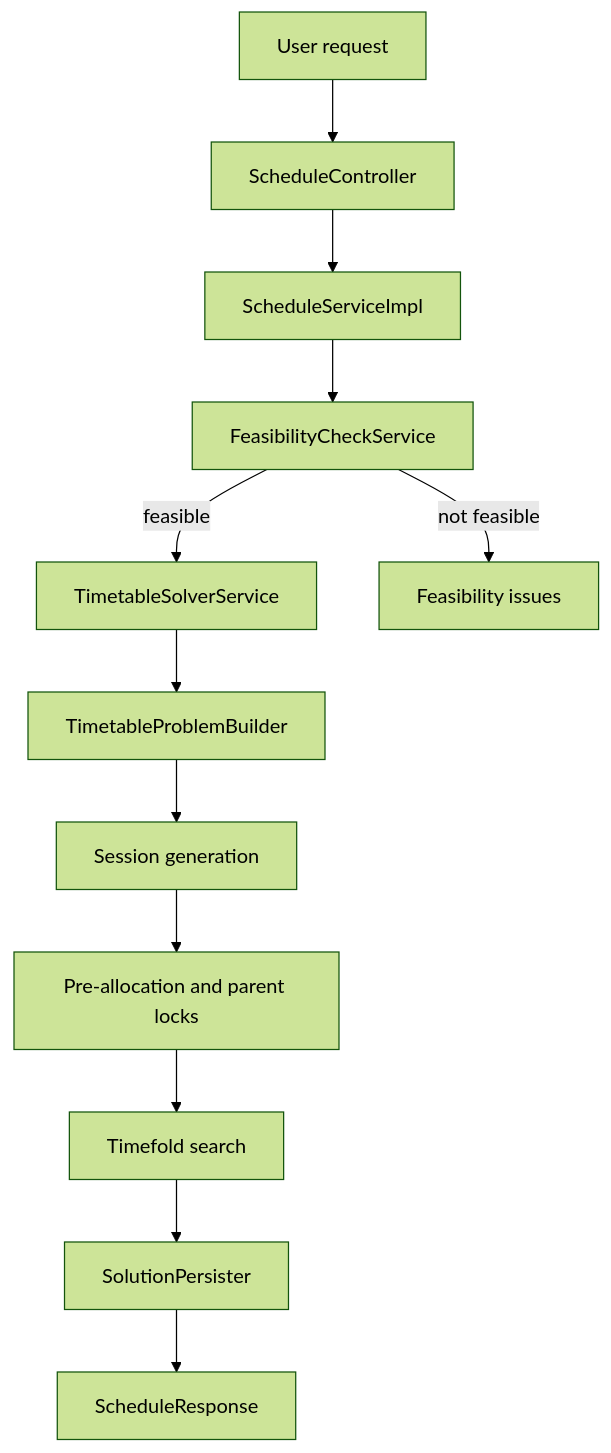
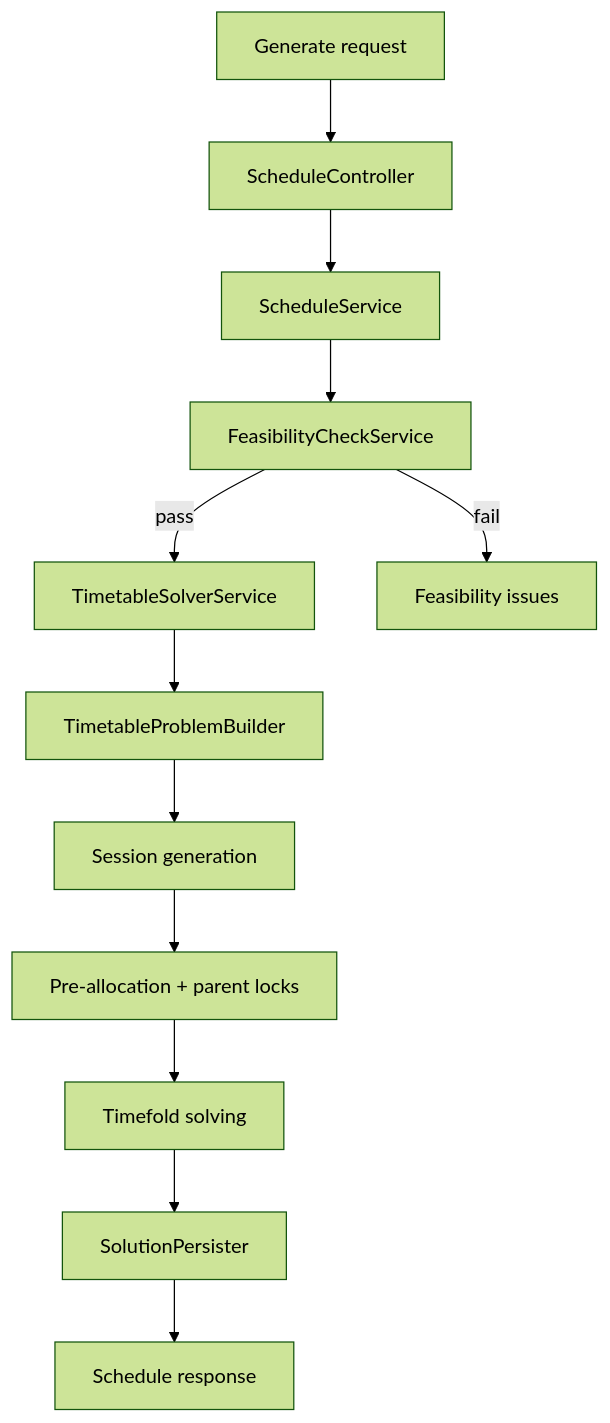
Before and after one commit to projectARARE/ARARE: the second of 3 diagrams in README.md, drawn with Mermaid (forest theme). The commit also changed other lines of this file, not shown here.

````diff
--- a/README.md
+++ b/README.md
@@ -311,14 +153,14 @@
 ```mermaid
 flowchart TD
-  A[User request] --> B[ScheduleController]
-  B --> C[ScheduleServiceImpl]
+  A[Generate request] --> B[ScheduleController]
+  B --> C[ScheduleService]
   C --> D[FeasibilityCheckService]
-  D -->|feasible| E[TimetableSolverService]
+  D -->|pass| E[TimetableSolverService]
   E --> F[TimetableProblemBuilder]
   F --> G[Session generation]
-  G --> H[Pre-allocation and parent locks]
-  H --> I[Timefold search]
+  G --> H[Pre-allocation + parent locks]
+  H --> I[Timefold solving]
   I --> J[SolutionPersister]
-  J --> K[ScheduleResponse]
-  D -->|not feasible| L[Feasibility issues]
+  J --> K[Schedule response]
+  D -->|fail| L[Feasibility issues]
 ```
````
